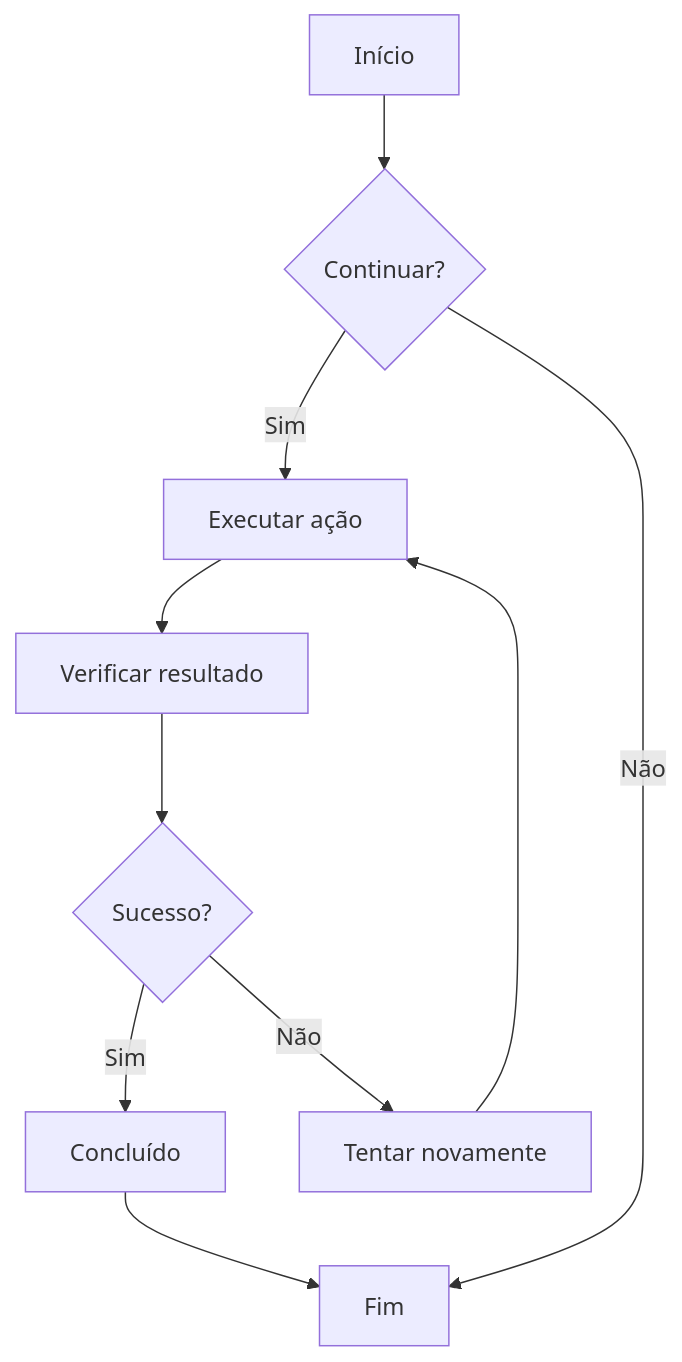
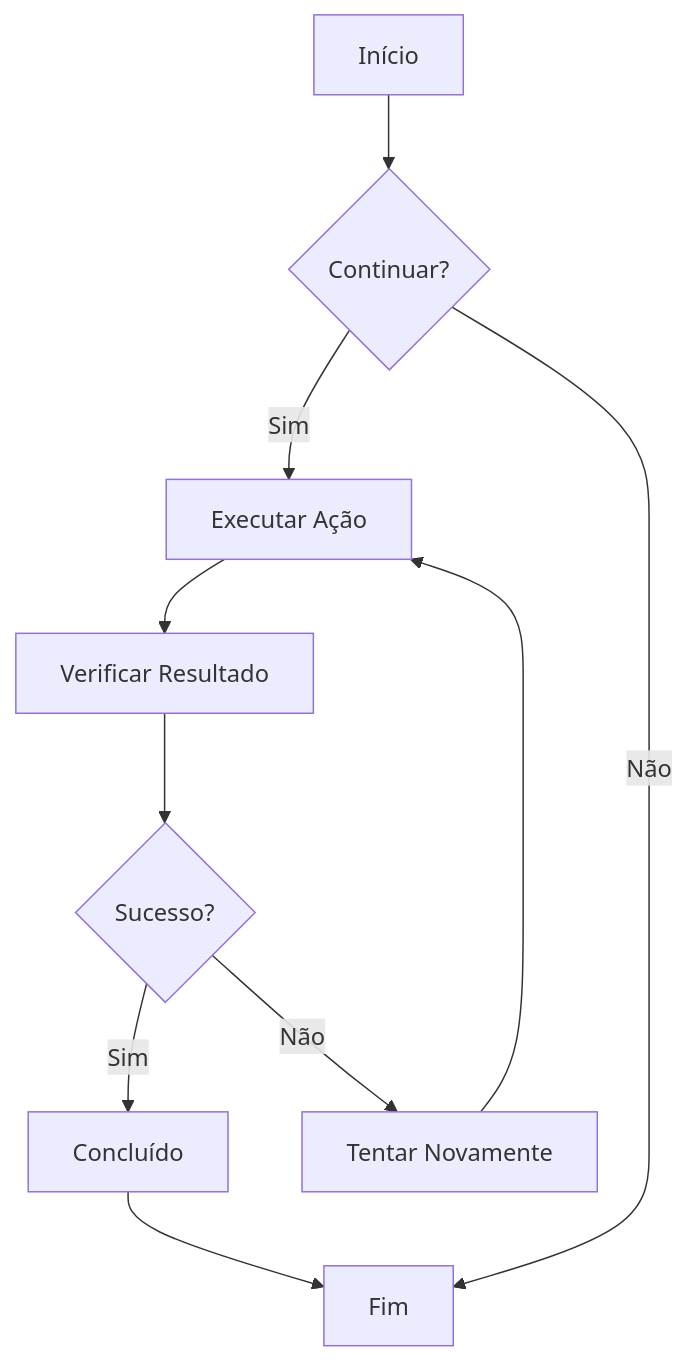
One commit to zccz14/CZON changed the first of 7 diagrams in .czon/src/pt-BR/8938d6aac9c056c06137a041b8e82379bfb619bb6d435b9ecec515337dd0cd69.md. Above: the diagram before and after it, drawn with Mermaid. The commit also changed other lines of this file and 148 other files, not shown here.

````diff
--- a/.czon/src/pt-BR/8938d6aac9c056c06137a041b8e82379bfb619bb6d435b9ecec515337dd0cd69.md
+++ b/.czon/src/pt-BR/8938d6aac9c056c06137a041b8e82379bfb619bb6d435b9ecec515337dd0cd69.md
@@ -23,12 +22,12 @@
 ```mermaid
 graph TD
     A[Início] --> B{Continuar?}
-    B -->|Sim| C[Executar ação]
+    B -->|Sim| C[Executar Ação]
     B -->|Não| D[Fim]
-    C --> E[Verificar resultado]
+    C --> E[Verificar Resultado]
     E --> F{Sucesso?}
     F -->|Sim| G[Concluído]
-    F -->|Não| H[Tentar novamente]
+    F -->|Não| H[Tentar Novamente]
     H --> C
     G --> D
 ```
````
